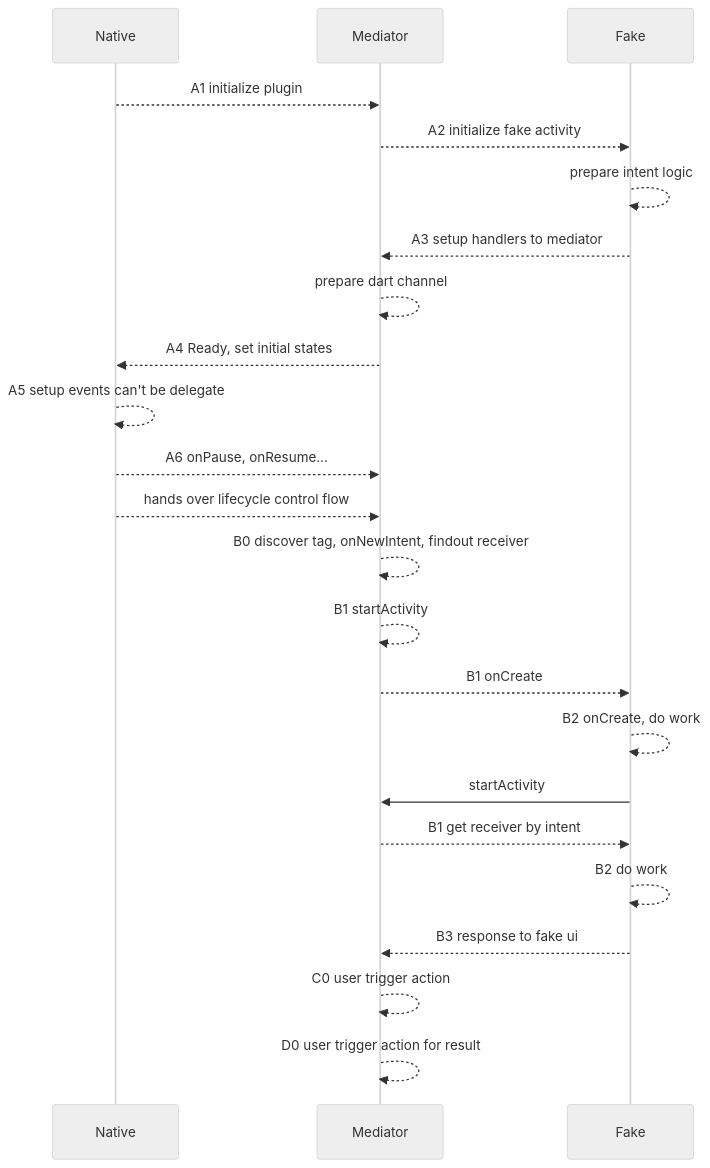
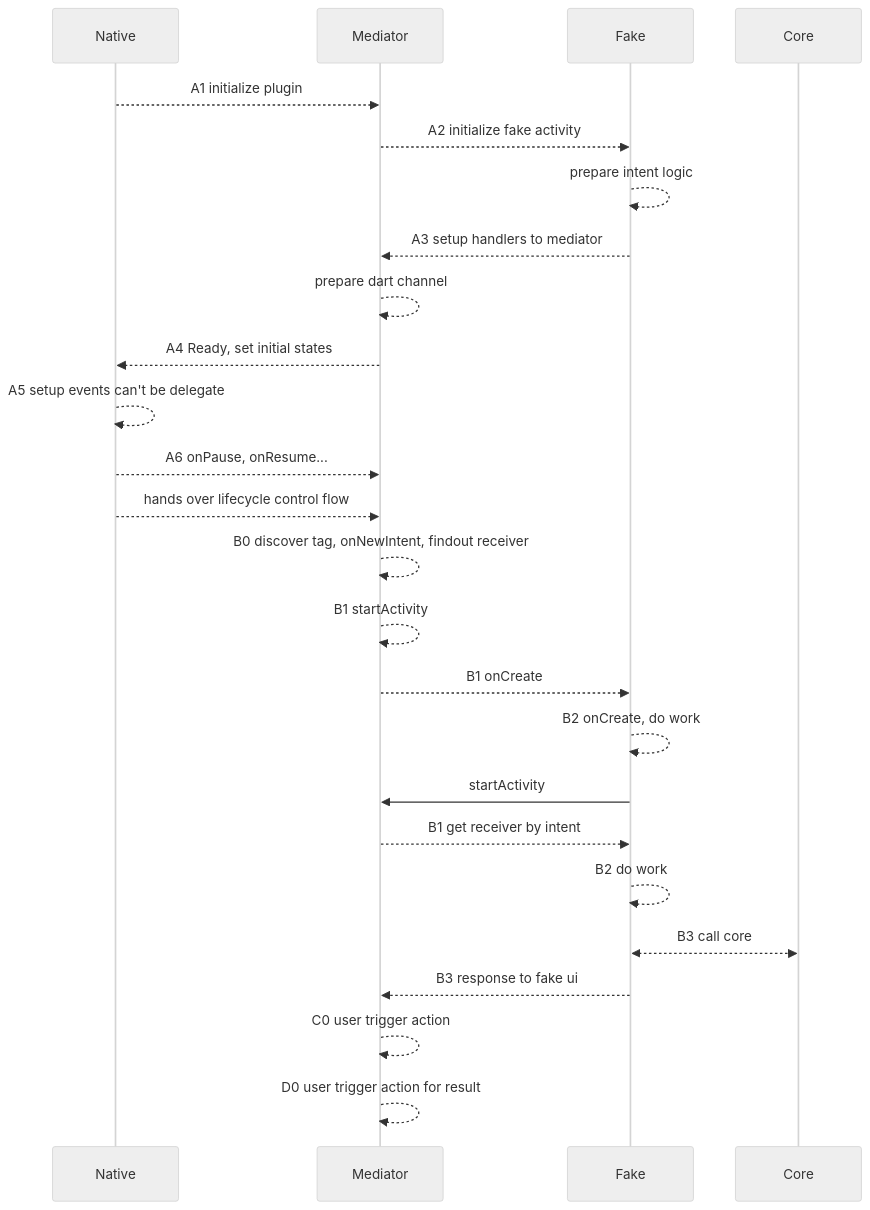
The second of 2 diagrams in flutter/addActivityResultListener.md (gordianknotC/nxp_note), drawn with Mermaid (neutral theme) before and after one commit. The commit also changed other lines of this file, not shown here.

````diff
--- a/flutter/addActivityResultListener.md
+++ b/flutter/addActivityResultListener.md
@@ -55,32 +55,34 @@
 ```mermaid
 sequenceDiagram
 participant Native
 participant Mediator
 participant Fake
+participant Core
 
 Native -->> Mediator: A1 initialize plugin
 Mediator -->> Fake: A2 initialize fake activity
 Fake -->> Fake: prepare intent logic
 Fake -->> Mediator: A3 setup handlers to mediator
 Mediator -->> Mediator: prepare dart channel
 Mediator -->> Native: A4 Ready, set initial states
 Native -->> Native: A5 setup events can't be delegate
 Native -->> Mediator: A6 onPause, onResume...
 Native -->> Mediator: hands over lifecycle control flow
 
 Mediator-->> Mediator: B0 discover tag, onNewIntent, findout receiver
 Mediator-->>Mediator: B1 startActivity
 Mediator-->>Fake: B1 onCreate
 Fake-->>Fake: B2 onCreate, do work
 Fake->>Mediator: startActivity
 
 Mediator-->>Fake: B1 get receiver by intent
 Fake-->>Fake:B2 do work
+Fake<<-->>Core:B3 call core
 Fake-->>Mediator:B3 response to fake ui
 
  
  Mediator-->>Mediator: C0 user trigger action
  
  Mediator-->>Mediator: D0 user trigger action for result
 
 ```
````
